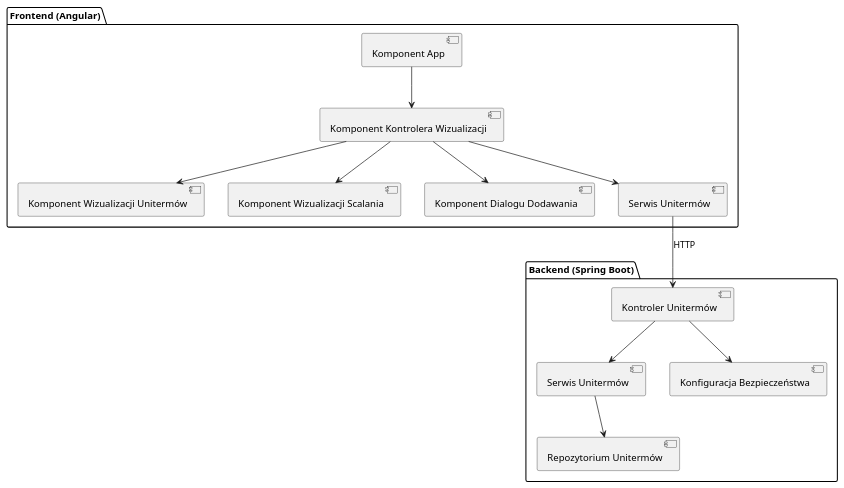
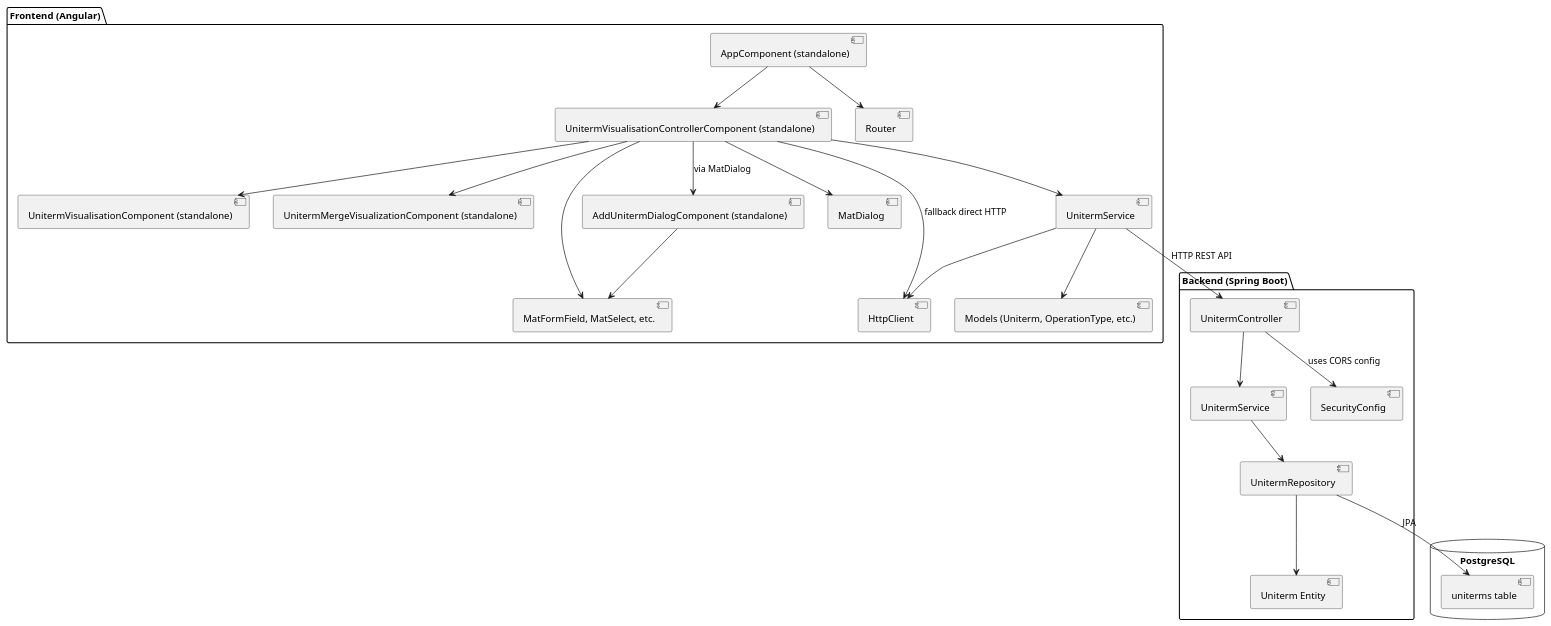
One commit to miluski/Uniterm changed the diagram in documentation/diagrams/components/diagram.wsd. Above: the diagram before and after it, drawn with PlantUML. The commit also changed 25 other files, not shown here.

```diff
--- a/documentation/diagrams/components/diagram.wsd
+++ b/documentation/diagrams/components/diagram.wsd
@@ -1,29 +1,49 @@
 @startuml
 package "Frontend (Angular)" {
-  [Komponent App] as AppComp
-  [Komponent Kontrolera Wizualizacji] as VisControllerComp
-  [Komponent Wizualizacji Unitermów] as VisComp
-  [Komponent Wizualizacji Scalania] as MergeVisComp
-  [Komponent Dialogu Dodawania] as AddDialogComp
-  [Serwis Unitermów] as UnitermSvc
+  [AppComponent (standalone)] as AppComp
+  [UnitermVisualisationControllerComponent (standalone)] as VisControllerComp
+  [UnitermVisualisationComponent (standalone)] as VisComp
+  [UnitermMergeVisualizationComponent (standalone)] as MergeVisComp
+  [AddUnitermDialogComponent (standalone)] as AddDialogComp
+  [UnitermService] as UnitermSvc
+  [Models (Uniterm, OperationType, etc.)] as Models
+  [MatDialog] as MatDialog
+  [MatFormField, MatSelect, etc.] as MatComponents
+  [HttpClient] as HttpClient
+  [Router] as Router
   
+  AppComp --> Router
   AppComp --> VisControllerComp
   VisControllerComp --> VisComp
   VisControllerComp --> MergeVisComp
-  VisControllerComp --> AddDialogComp
+  VisControllerComp --> AddDialogComp : "via MatDialog"
   VisControllerComp --> UnitermSvc
+  VisControllerComp --> HttpClient : "fallback direct HTTP"
+  VisControllerComp --> MatComponents
+  AddDialogComp --> MatComponents
+  UnitermSvc --> HttpClient
+  UnitermSvc --> Models
+  VisControllerComp --> MatDialog
 }
-
+ 
 package "Backend (Spring Boot)" {
-  [Kontroler Unitermów] as UnitermCtrl
-  [Serwis Unitermów] as UnitermSvcBE
-  [Repozytorium Unitermów] as UnitermRepo
-  [Konfiguracja Bezpieczeństwa] as SecConfig
+  [UnitermController] as UnitermCtrl
+  [UnitermService] as UnitermSvcBE
+  [UnitermRepository] as UnitermRepo
+  [SecurityConfig] as SecConfig
+  [Uniterm Entity] as UnitermEntity
   
   UnitermCtrl --> UnitermSvcBE
   UnitermSvcBE --> UnitermRepo
-  UnitermCtrl --> SecConfig
+  UnitermRepo --> UnitermEntity
+  UnitermCtrl --> SecConfig : "uses CORS config"
 }
 
-UnitermSvc --> UnitermCtrl : HTTP
+database "PostgreSQL" {
+  [uniterms table] as DB
+}
+
+UnitermSvc --> UnitermCtrl : "HTTP REST API"
+UnitermRepo --> DB : "JPA"
+
 @enduml
```
